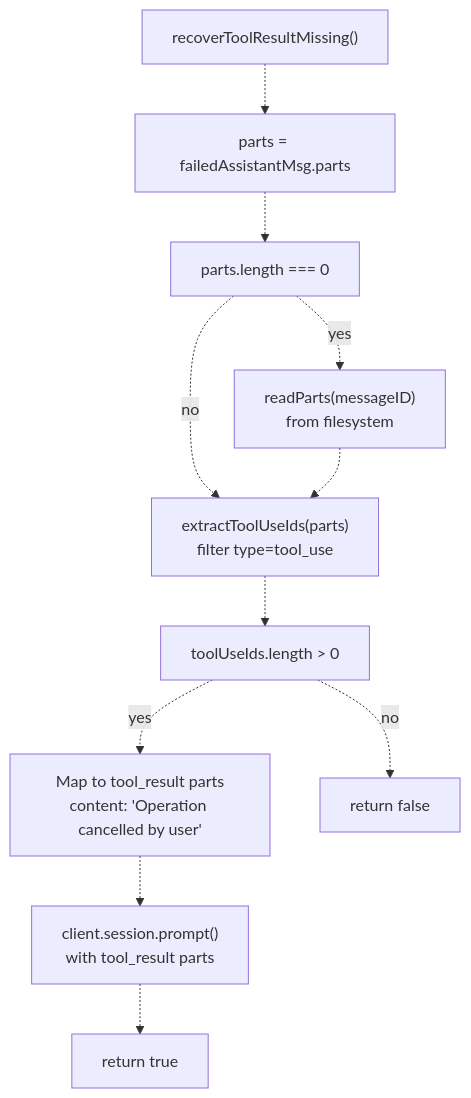
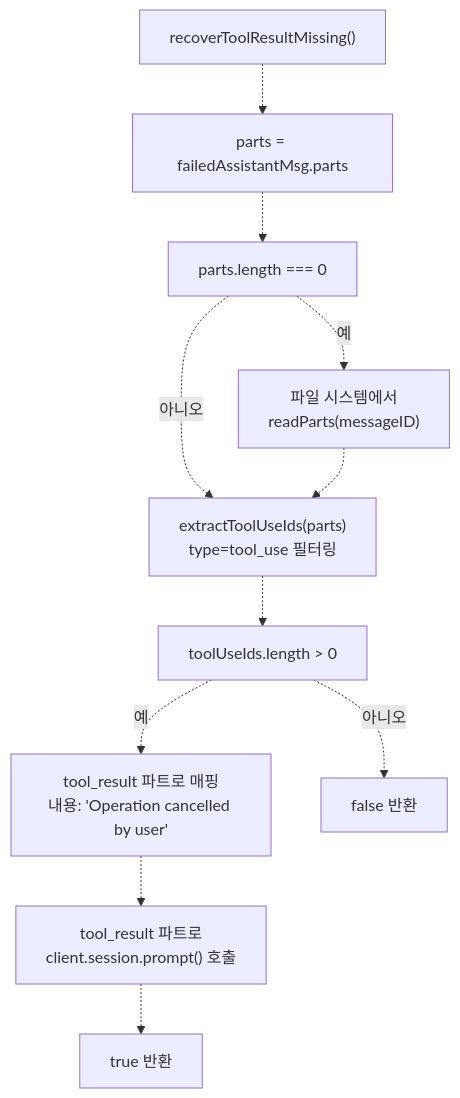
Before and after one commit to felipetruman/oh-my-opencode-docs: the third of 8 diagrams in docs/reliability/session-recovery.md, drawn with Mermaid. The commit also changed other lines of this file and 76 other files, not shown here.

````diff
--- a/docs/reliability/session-recovery.md
+++ b/docs/reliability/session-recovery.md
@@ -155,25 +155,25 @@
 ```mermaid
 flowchart TD
 
 Start["recoverToolResultMissing()"]
 GetParts["parts = failedAssistantMsg.parts"]
 CheckEmpty["parts.length === 0"]
-ReadFS["readParts(messageID)<br>from filesystem"]
-ExtractIDs["extractToolUseIds(parts)<br>filter type=tool_use"]
+ReadFS["파일 시스템에서<br>readParts(messageID)"]
+ExtractIDs["extractToolUseIds(parts)<br>type=tool_use 필터링"]
 CheckIDs["toolUseIds.length > 0"]
-MapResults["Map to tool_result parts<br>content: 'Operation cancelled by user'"]
-Inject["client.session.prompt()<br>with tool_result parts"]
-ReturnTrue["return true"]
-ReturnFalse["return false"]
+MapResults["tool_result 파트로 매핑<br>내용: 'Operation cancelled by user'"]
+Inject["tool_result 파트로<br>client.session.prompt() 호출"]
+ReturnTrue["true 반환"]
+ReturnFalse["false 반환"]
 
 Start -.-> GetParts
 GetParts -.-> CheckEmpty
-CheckEmpty -.->|"yes"| ReadFS
-CheckEmpty -.->|"no"| ExtractIDs
+CheckEmpty -.->|"예"| ReadFS
+CheckEmpty -.->|"아니오"| ExtractIDs
 ReadFS -.-> ExtractIDs
 ExtractIDs -.-> CheckIDs
-CheckIDs -.->|"yes"| MapResults
-CheckIDs -.->|"no"| ReturnFalse
+CheckIDs -.->|"예"| MapResults
+CheckIDs -.->|"아니오"| ReturnFalse
 MapResults -.-> Inject
 Inject -.-> ReturnTrue
 ```
````
